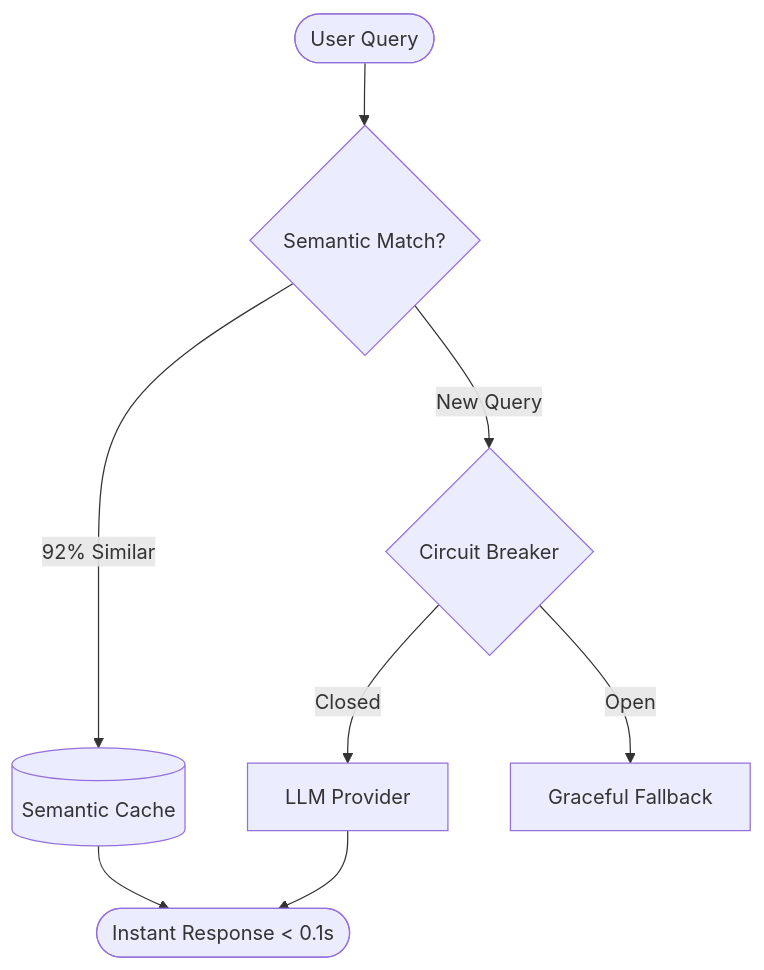
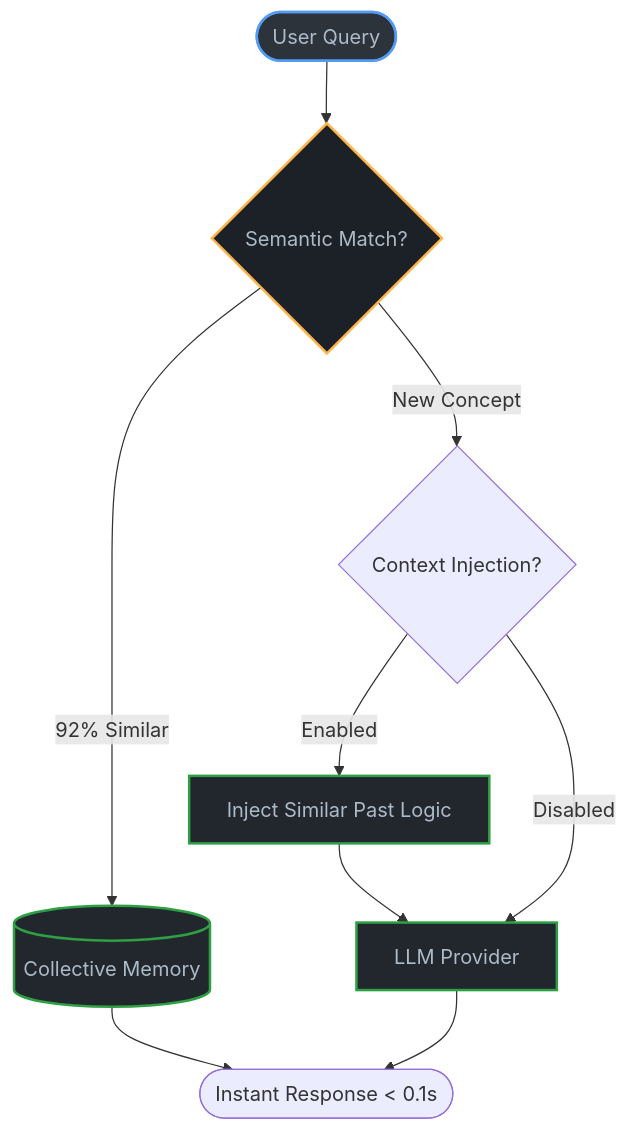
Before and after one commit to uejsh/orchestra: the diagram in README.md, drawn with Mermaid. The commit also changed other lines of this file and 3 other files, not shown here.

````diff
--- a/README.md
+++ b/README.md
@@ -51,10 +59,25 @@
 ```mermaid
 graph TD
+    %% Global Styles
+    classDef user fill:#2d333b,stroke:#539bf5,stroke-width:2px,color:#adbac7;
+    classDef match fill:#1c2128,stroke:#fdb347,stroke-width:2px,color:#adbac7;
+    classDef process fill:#22272e,stroke:#2ea043,stroke-width:2px,color:#adbac7;
+    
     User([User Query]) --> Match{Semantic Match?}
-    Match -- "92% Similar" --> Cache[(Semantic Cache)]
+    
+    %% Cache Path
+    Match -- "92% Similar" --> Cache[(Collective Memory)]
     Cache --> Return([Instant Response < 0.1s])
-    Match -- "New Query" --> CB{Circuit Breaker}
-    CB -- "Closed" --> LLM[LLM Provider]
+    
+    %% Execution Path
+    Match -- "New Concept" --> RAG{Context Injection?}
+    RAG -- "Enabled" --> Memory[Inject Similar Past Logic]
+    Memory --> LLM[LLM Provider]
+    RAG -- "Disabled" --> LLM
+    
     LLM --> Return
-    CB -- "Open" --> Error[Graceful Fallback]
+    
+    class User user;
+    class Match match;
+    class Cache,Memory,LLM process;
 ```
````
